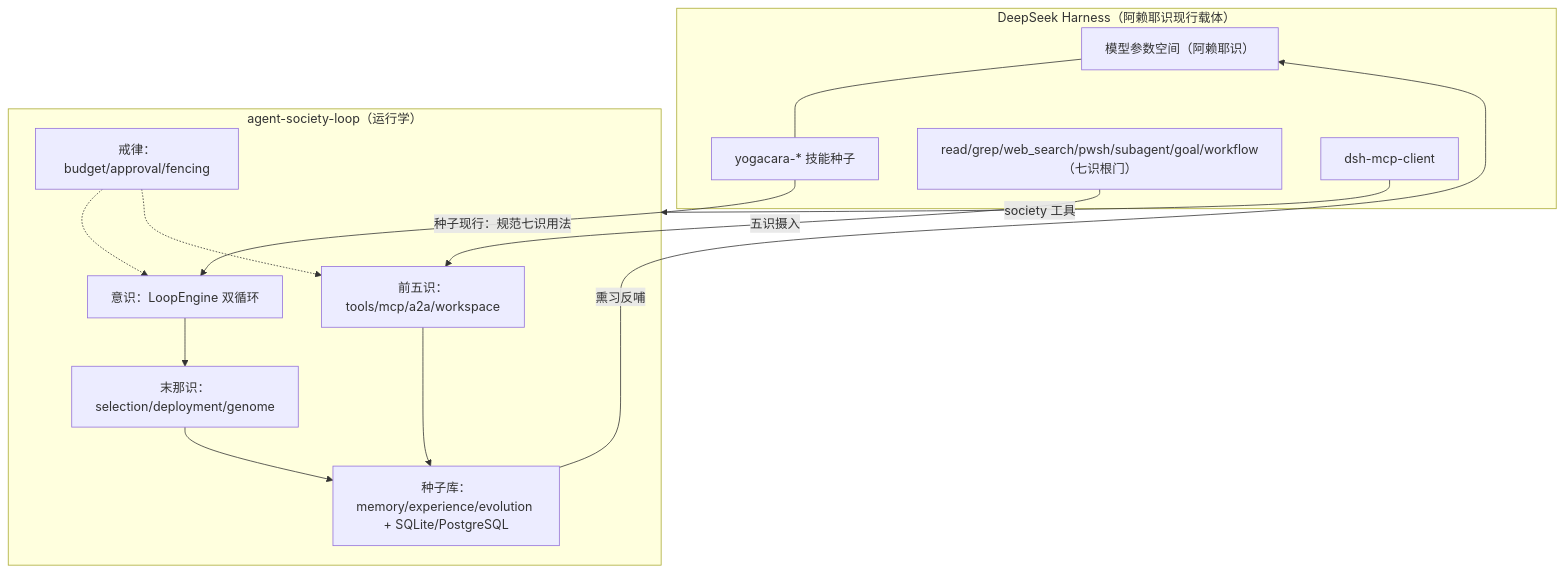
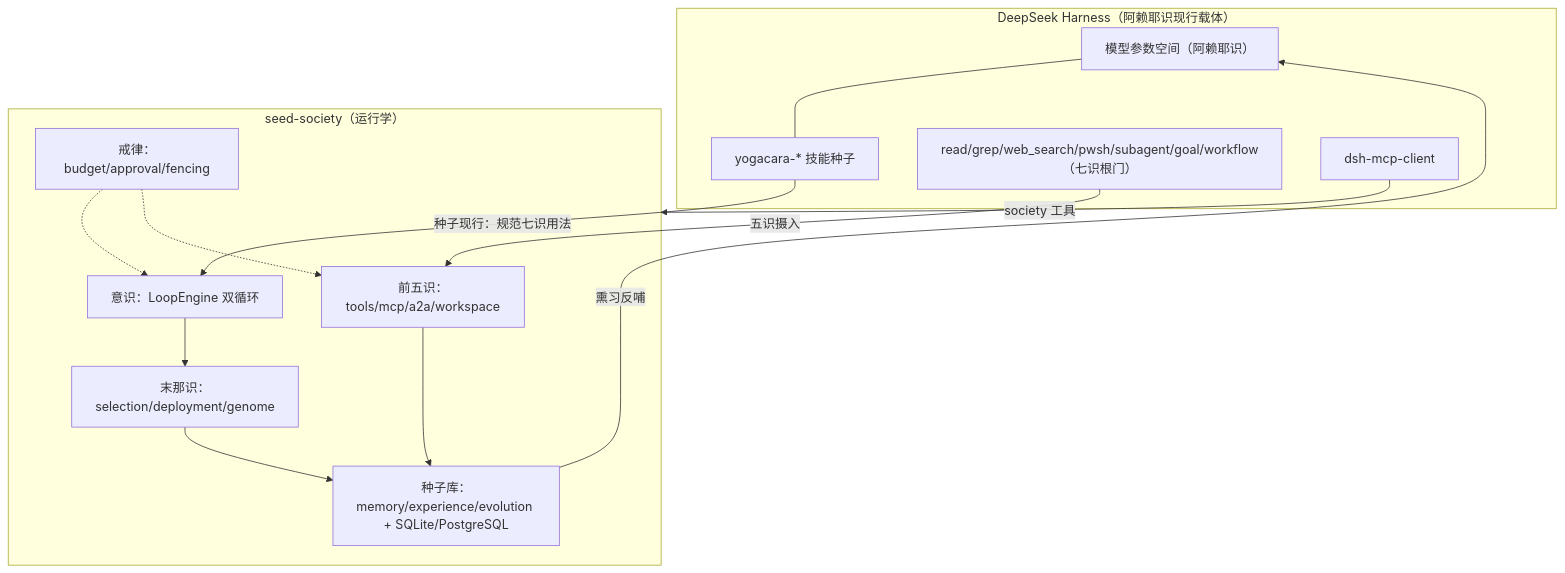
The diagram in docs/yogacara-architecture.md (woshishadowhunter/agent-society-loop), drawn with Mermaid before and after one commit. The commit also changed other lines of this file and 150 other files, not shown here.

First line of the commit message:
feat: rename to Seed Society — agent-society-loop -> seed-society, v1.3.0

````diff
--- a/docs/yogacara-architecture.md
+++ b/docs/yogacara-architecture.md
@@ -84,25 +84,25 @@
 ```mermaid
 flowchart TB
     subgraph DSH["DeepSeek Harness（阿赖耶识现行载体）"]
         LLM["模型参数空间（阿赖耶识）"]
         SKILL["yogacara-* 技能种子"]
         TOOLS["read/grep/web_search/pwsh/subagent/goal/workflow（七识根门）"]
         MCP["dsh-mcp-client"]
     end
-    subgraph ASL["agent-society-loop（运行学）"]
+    subgraph ASL["seed-society（运行学）"]
         MANO["意识：LoopEngine 双循环"]
         MANAS["末那识：selection/deployment/genome"]
         PANCA["前五识：tools/mcp/a2a/workspace"]
         SILA["戒律：budget/approval/fencing"]
         SEED["种子库：memory/experience/evolution + SQLite/PostgreSQL"]
     end
     LLM --- SKILL
     SKILL -->|"种子现行：规范七识用法"| MANO
     TOOLS -->|"五识摄入"| PANCA
     MCP -->|"society 工具"| ASL
     MANO --> MANAS --> SEED
     PANCA --> SEED
     SILA -.-> MANO
     SILA -.-> PANCA
     SEED -->|"熏习反哺"| LLM
 ```
````
